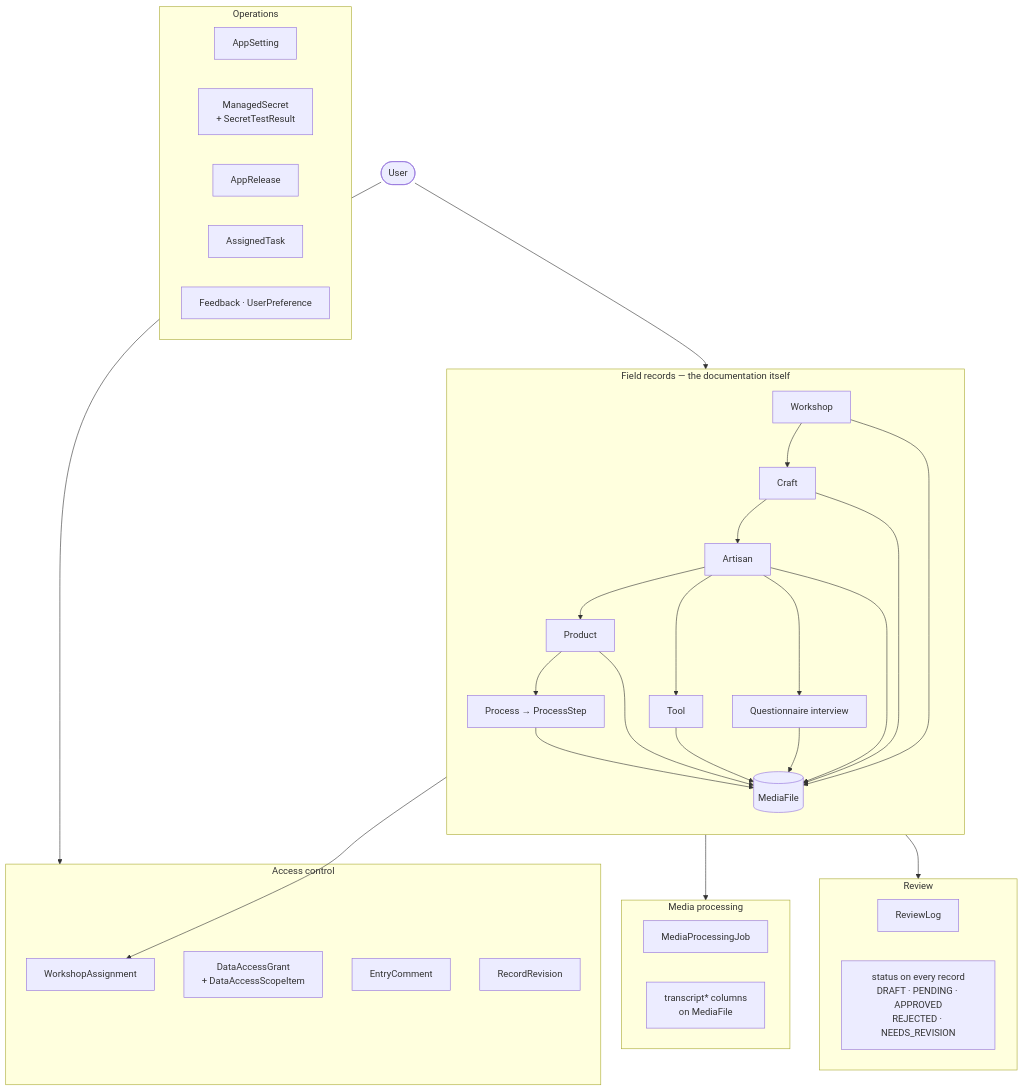
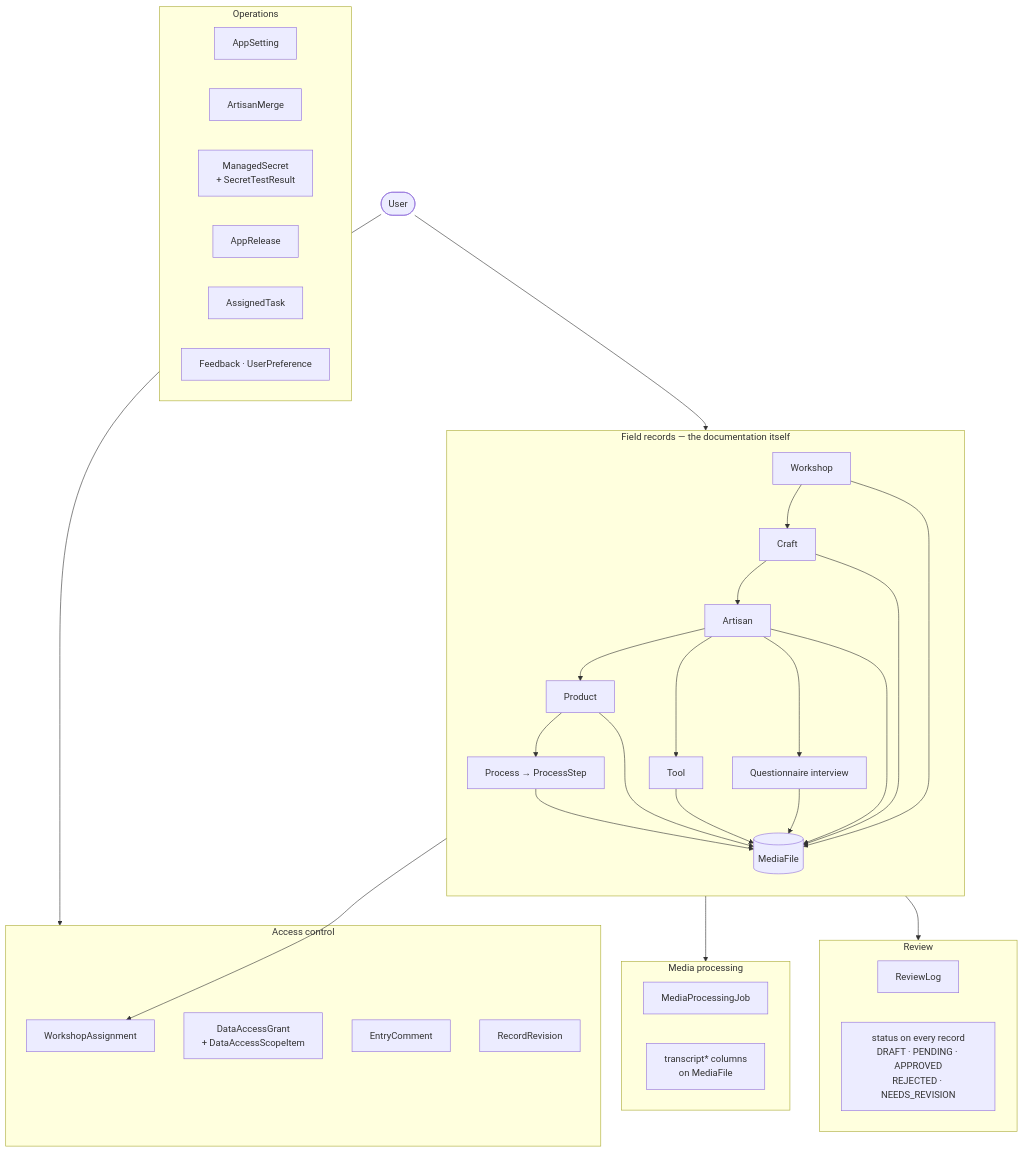
Before and after one commit to cxacraftecosystem-ui/documentation-portal: the first of 5 diagrams in docs/DATA_MODEL.md, drawn with Mermaid. The commit also changed other lines of this file and 2 other files, not shown here.

First line of the commit message:
Add the artisan-merge audit table and the nightly workshop-filing settings

````diff
--- a/docs/DATA_MODEL.md
+++ b/docs/DATA_MODEL.md
@@ -23,57 +23,58 @@
 ```mermaid
 flowchart TB
   subgraph core["Field records — the documentation itself"]
     direction TB
     W[Workshop]
     C[Craft]
     A[Artisan]
     P[Product]
     T[Tool]
     PR[Process → ProcessStep]
     Q[Questionnaire interview]
     M[(MediaFile)]
     W --> C --> A
     A --> P
     A --> T
     P --> PR
     A --> Q
     P --> M
     T --> M
     PR --> M
     Q --> M
     A --> M
     C --> M
     W --> M
   end
 
   subgraph review["Review"]
     RL[ReviewLog]
     RS["status on every record<br/>DRAFT · PENDING · APPROVED<br/>REJECTED · NEEDS_REVISION"]
   end
 
   subgraph proc["Media processing"]
     J[MediaProcessingJob]
     ST["transcript* columns<br/>on MediaFile"]
   end
 
   subgraph acl["Access control"]
     WA[WorkshopAssignment]
     DG["DataAccessGrant<br/>+ DataAccessScopeItem"]
     EC[EntryComment]
     RR[RecordRevision]
   end
 
   subgraph ops["Operations"]
     AS[AppSetting]
+    AM[ArtisanMerge]
     MS["ManagedSecret<br/>+ SecretTestResult"]
     AR[AppRelease]
     TK[AssignedTask]
     FB["Feedback · UserPreference"]
   end
 
   U([User]) --> core
   U --> acl
   core --> review
   M --> proc
   W --> WA
 ```
````
